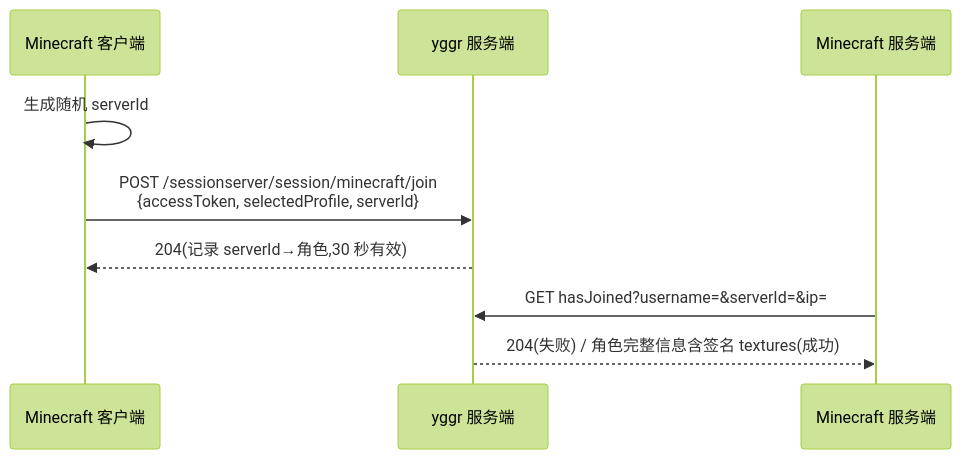
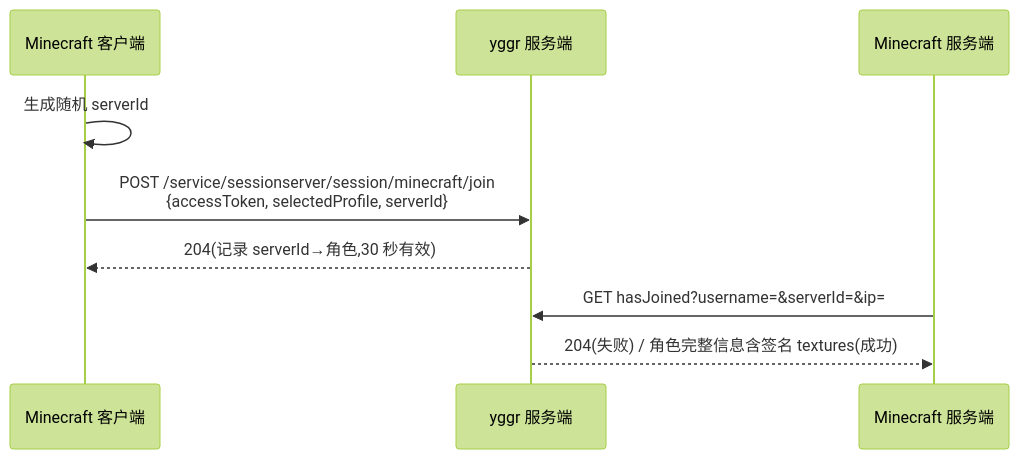
The fourth of 7 diagrams in docs/architecture.md (RhNu/yggr), drawn with Mermaid (forest theme) before and after one commit. The commit also changed other lines of this file and 16 other files, not shown here.

````diff
--- a/docs/architecture.md
+++ b/docs/architecture.md
@@ -367,12 +372,12 @@
 ```mermaid
 sequenceDiagram
     participant MC as Minecraft 客户端
     participant YG as yggr 服务端
     participant SRV as Minecraft 服务端
 
     MC->>MC: 生成随机 serverId
-    MC->>YG: POST /sessionserver/session/minecraft/join<br/>{accessToken, selectedProfile, serverId}
+    MC->>YG: POST /service/sessionserver/session/minecraft/join<br/>{accessToken, selectedProfile, serverId}
     YG-->>MC: 204(记录 serverId→角色,30 秒有效)
     SRV->>YG: GET hasJoined?username=&serverId=&ip=
     YG-->>SRV: 204(失败) / 角色完整信息含签名 textures(成功)
 ```
````
